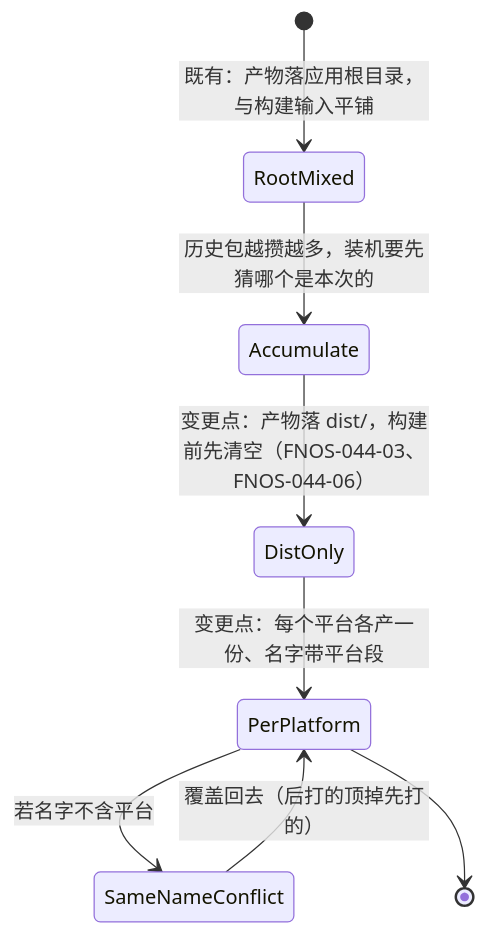
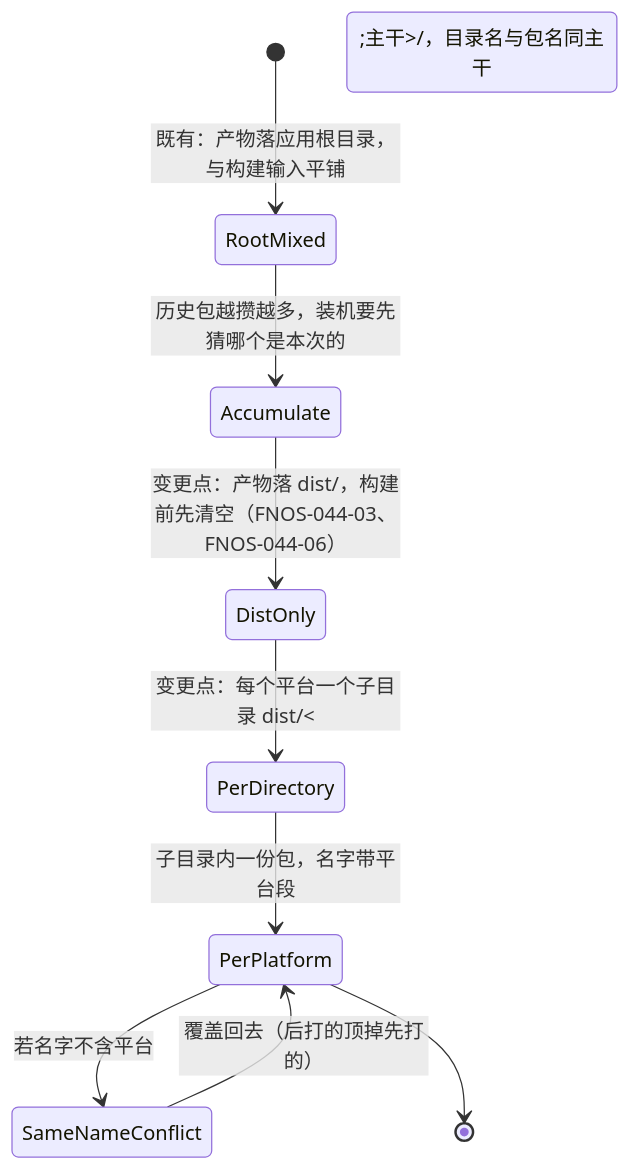
Before and after one commit to FNOSP/fnos-dsh: the third of 3 diagrams in docs/plans/PLAN-FNOS-044-fpk-platform-selection.md, drawn with Mermaid. The commit also changed other lines of this file and 16 other files, not shown here.

````diff
--- a/docs/plans/PLAN-FNOS-044-fpk-platform-selection.md
+++ b/docs/plans/PLAN-FNOS-044-fpk-platform-selection.md
@@ -91,10 +92,11 @@
 ```mermaid
 stateDiagram-v2
     [*] --> RootMixed: 既有：产物落应用根目录，与构建输入平铺
     RootMixed --> Accumulate: 历史包越攒越多，装机要先猜哪个是本次的
     Accumulate --> DistOnly: 变更点：产物落 dist/，构建前先清空（FNOS-044-03、FNOS-044-06）
-    DistOnly --> PerPlatform: 变更点：每个平台各产一份、名字带平台段
+    DistOnly --> PerDirectory: 变更点：每个平台一个子目录 dist/&lt;主干&gt;/，目录名与包名同主干
+    PerDirectory --> PerPlatform: 子目录内一份包，名字带平台段
     PerPlatform --> SameNameConflict: 若名字不含平台
     SameNameConflict --> PerPlatform: 覆盖回去（后打的顶掉先打的）
     PerPlatform --> [*]
 ```
````
